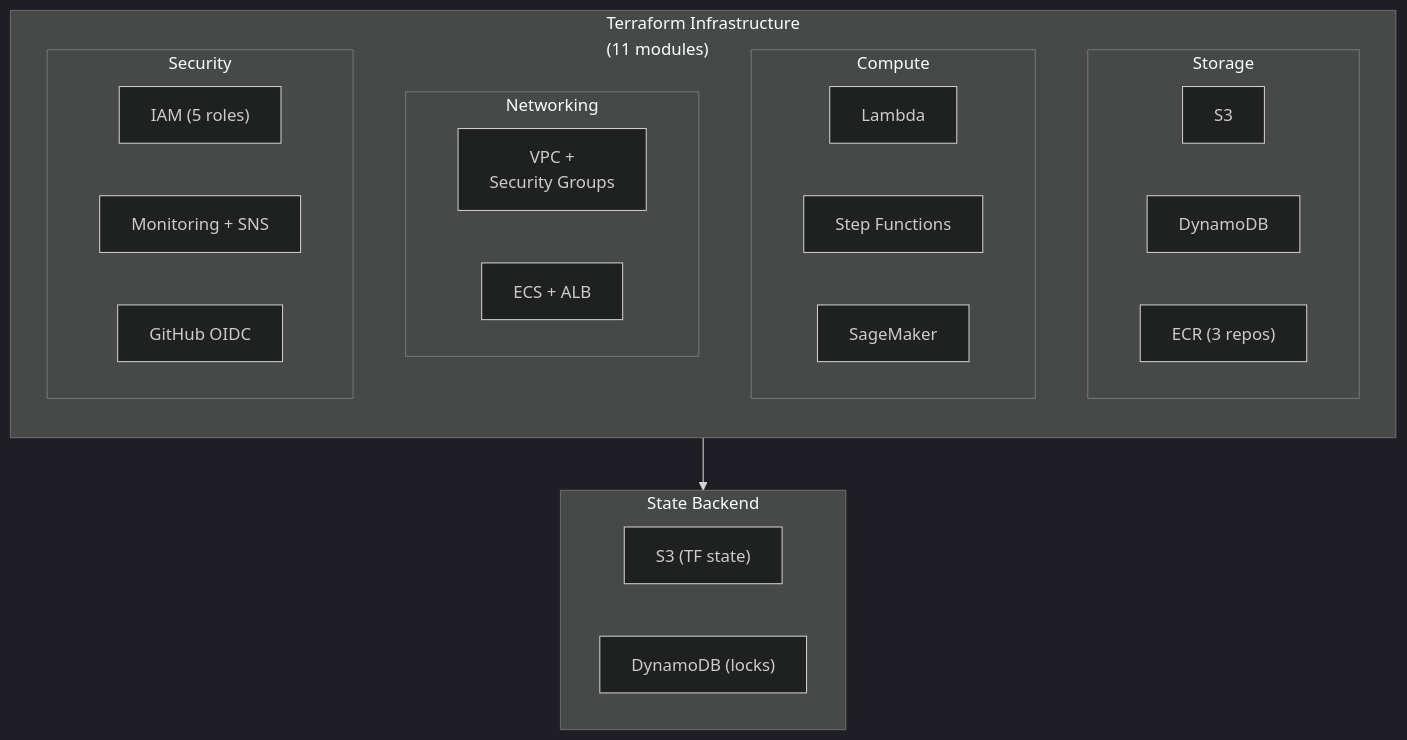
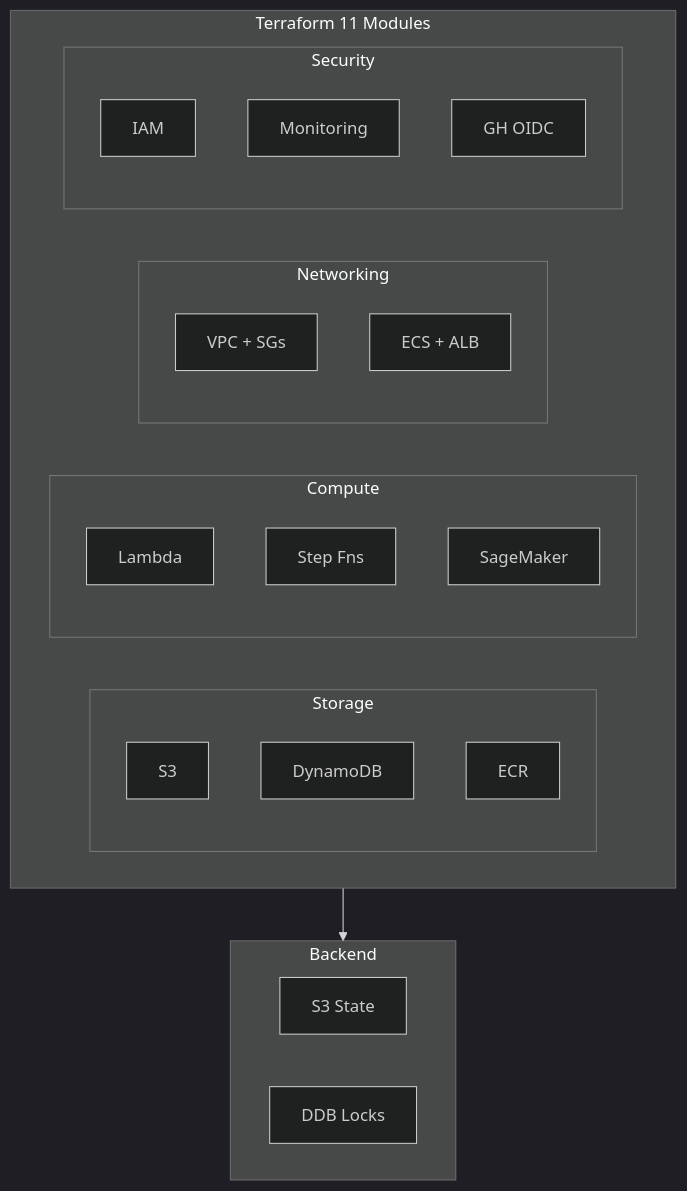
The eighth of 8 diagrams in README.md (rawad-yared/bcgx-spanishgas-g1), drawn with Mermaid (dark theme) before and after one commit. The commit also changed other lines of this file, not shown here.

First line of the commit message:
Simplify all Mermaid diagrams to fix GitHub text truncation

````diff
--- a/README.md
+++ b/README.md
@@ -392,36 +328,32 @@
 ```mermaid
-graph TB
-    subgraph Terraform["Terraform Infrastructure<br>(11 modules)"]
-        direction TB
-
-        subgraph Storage_Infra["Storage"]
-            S3_MOD["S3"]
-            DDB_MOD["DynamoDB"]
-            ECR_MOD["ECR (3 repos)"]
+flowchart TB
+    subgraph TF[Terraform 11 Modules]
+        direction LR
+        subgraph Store[Storage]
+            S3M[S3]
+            DDBM[DynamoDB]
+            ECRM[ECR]
         end
-
-        subgraph Compute_Infra["Compute"]
-            LAMBDA_MOD["Lambda"]
-            SFN_MOD["Step Functions"]
-            SM_MOD["SageMaker"]
+        subgraph Compute
+            LMM[Lambda]
+            SFNM[Step Fns]
+            SMM[SageMaker]
         end
-
-        subgraph Network_Infra["Networking"]
-            NET_MOD["VPC +<br>Security Groups"]
-            ECS_MOD["ECS + ALB"]
+        subgraph Net[Networking]
+            VPCM[VPC + SGs]
+            ECSM[ECS + ALB]
         end
-
-        subgraph Security_Infra["Security"]
-            IAM_MOD["IAM (5 roles)"]
-            MON_MOD["Monitoring + SNS"]
-            OIDC_MOD["GitHub OIDC"]
+        subgraph Sec[Security]
+            IAMM[IAM]
+            MONM[Monitoring]
+            OIDCM[GH OIDC]
         end
     end
 
-    subgraph Backend["State Backend"]
-        S3_STATE["S3 (TF state)"]
-        DDB_LOCK["DynamoDB (locks)"]
+    subgraph Backend
+        S3S[S3 State]
+        DDBL[DDB Locks]
     end
 
-    Terraform --> Backend
+    TF --> Backend
 ```
````
